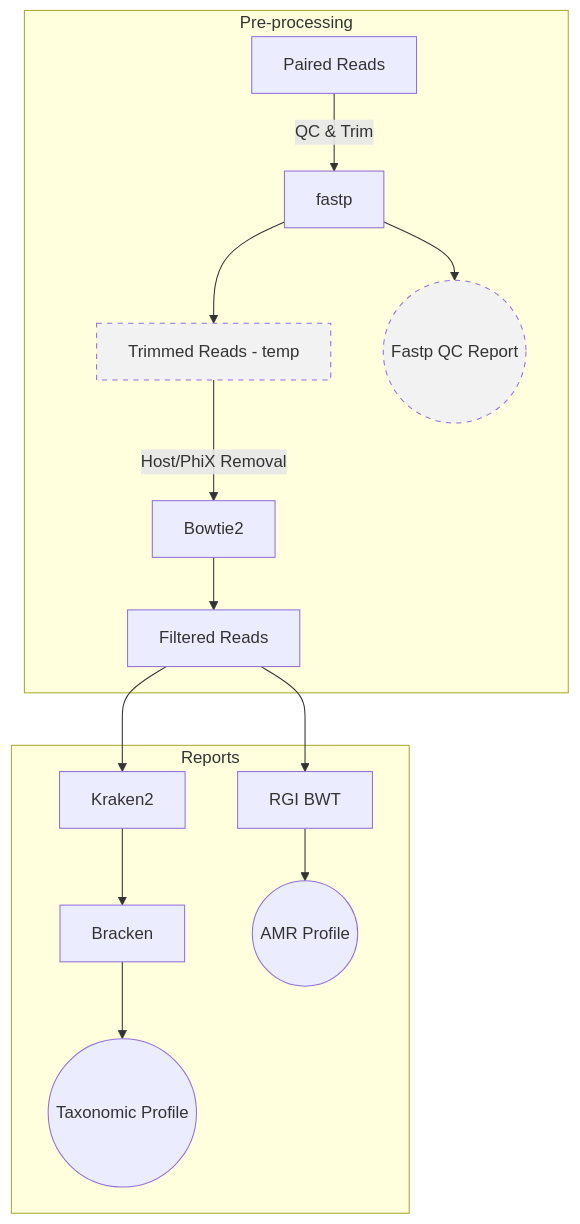
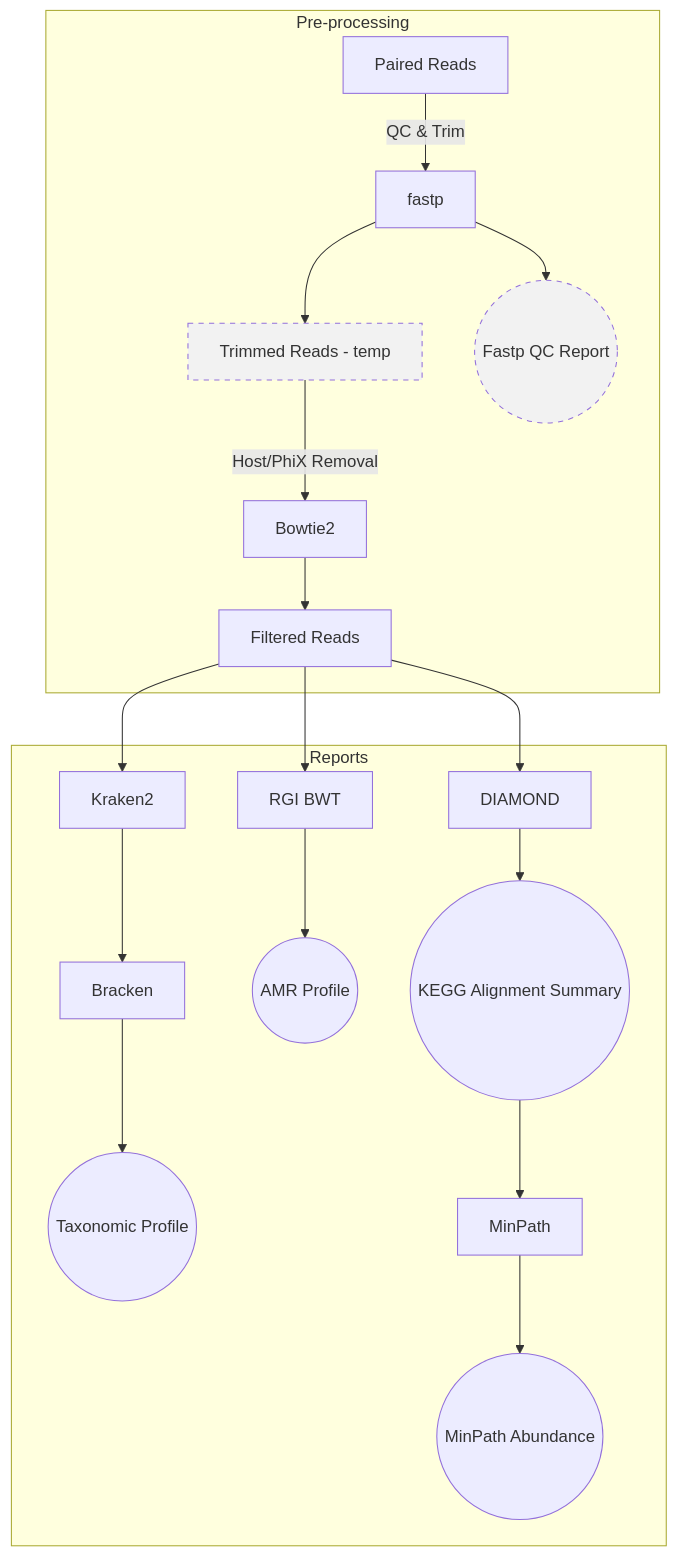
Before and after one commit to AAFC-Bioinfo-AAC/metagenomics-snakemake: the diagram in README.md, drawn with Mermaid. The commit also changed other lines of this file and 2 other files, not shown here.

Commit message:
feat: update README and config for KEGG module enhancements and adjust threading for kegg_diamond rule

````diff
--- a/README.md
+++ b/README.md
@@ -71,24 +73,29 @@
 ```mermaid
 flowchart TD
 
     subgraph PREPROC [Pre-processing]
         A[Paired Reads] -->|QC & Trim| B[fastp]
         B --> C[Trimmed Reads - temp]
         B --> L((Fastp QC Report))
         C -->|Host/PhiX Removal| D[Bowtie2]
         D --> E[Filtered Reads]
     end
 
     subgraph QC_REPORTS [Reports]
         E --> M[Kraken2]
         M --> N[Bracken]
         N --> O((Taxonomic Profile))
 
         E --> W[RGI BWT]
         W --> Q((AMR Profile))
+
+        E --> R[DIAMOND]
+        R --> S((KEGG Alignment Summary))
+        S --> T[MinPath]
+        T --> U((MinPath Abundance))
     end
 
     %% TEMP FILE STYLING
     style C fill:#f2f2f2,stroke-dasharray: 5 5
     style L fill:#f2f2f2,stroke-dasharray: 5 5
 ```
````
